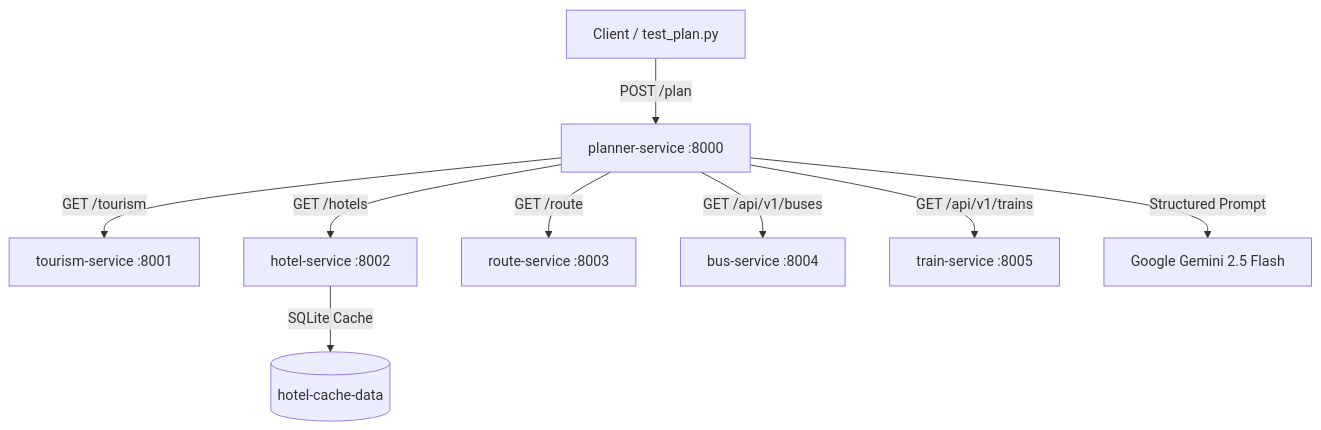
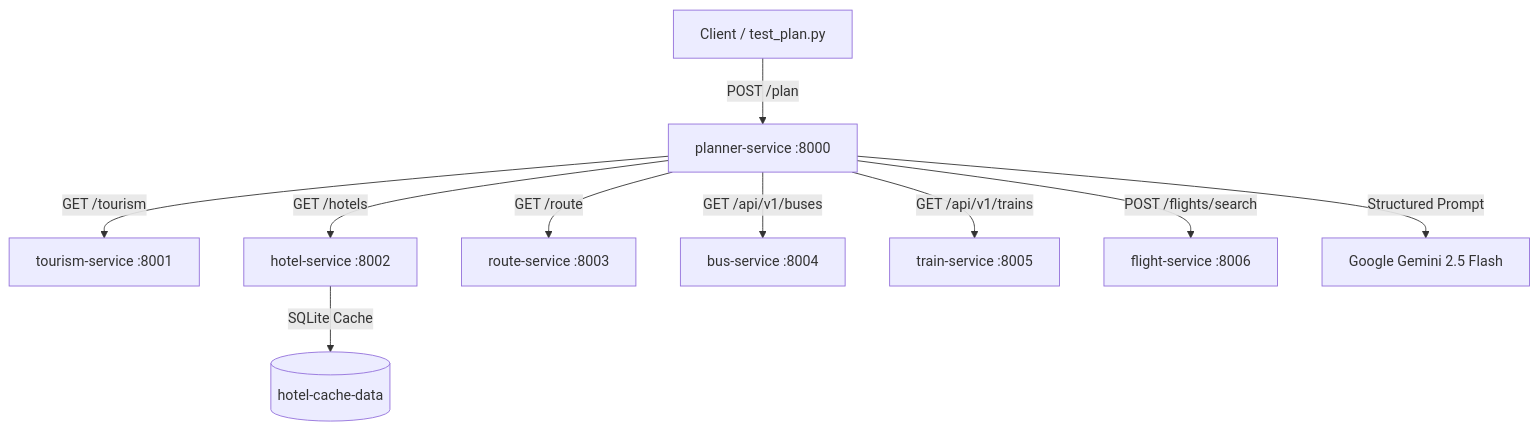
The diagram in README.md (jashwanth-cse/DreamDestiny), drawn with Mermaid before and after one commit. The commit also changed other lines of this file and 19 other files, not shown here.

Commit message:
feat(flight): add standalone flight microservice using SerpApi Google Flights API

````diff
--- a/README.md
+++ b/README.md
@@ -16,11 +16,12 @@
 ```mermaid
 graph TD
     Client[Client / test_plan.py] -->|POST /plan| Planner[planner-service :8000]
     Planner -->|GET /tourism| Tourism[tourism-service :8001]
     Planner -->|GET /hotels| Hotel[hotel-service :8002]
     Planner -->|GET /route| Route[route-service :8003]
     Planner -->|GET /api/v1/buses| Bus[bus-service :8004]
     Planner -->|GET /api/v1/trains| Train[train-service :8005]
+    Planner -->|POST /flights/search| Flight[flight-service :8006]
     Planner -->|Structured Prompt| Gemini[Google Gemini 2.5 Flash]
     Hotel -->|SQLite Cache| HotelVol[(hotel-cache-data)]
 ```
````
